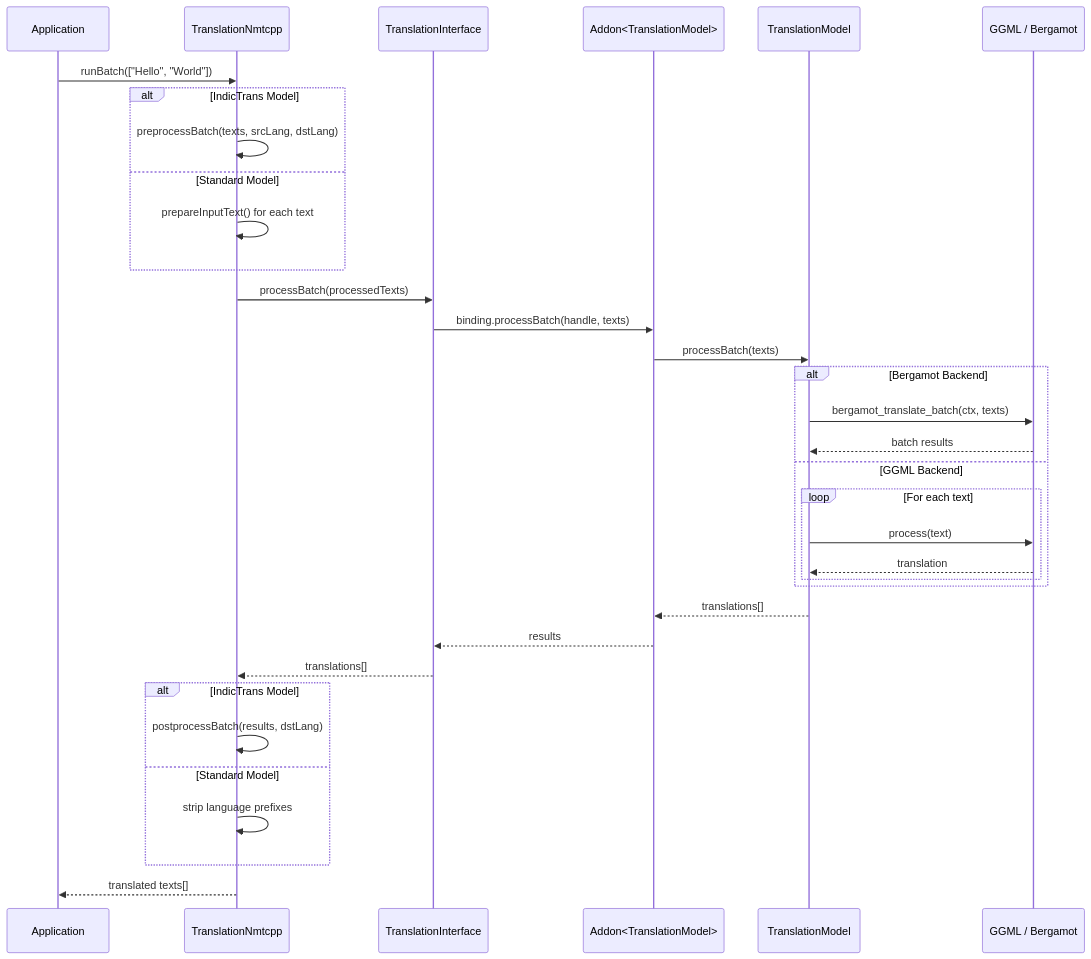
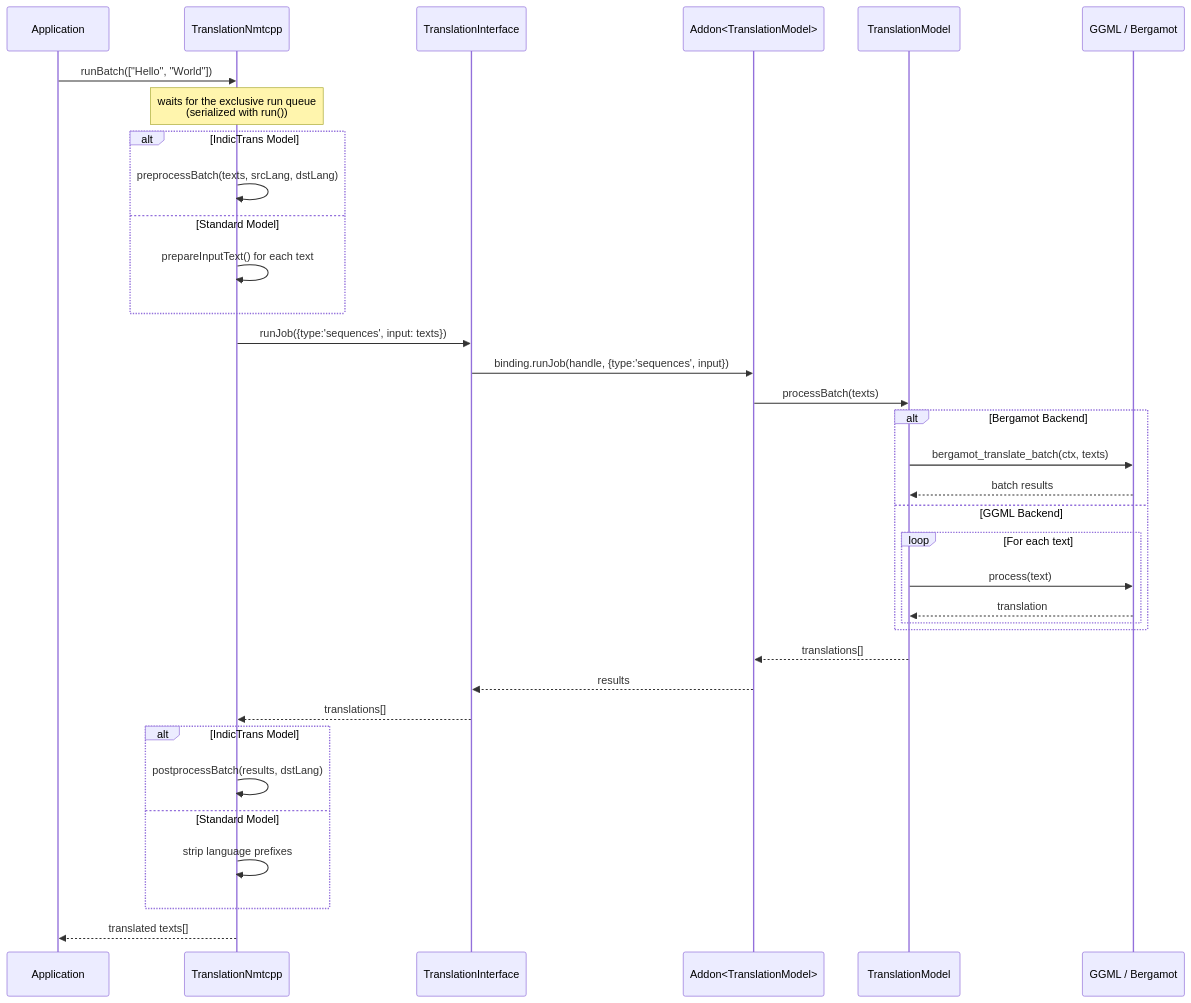
Before and after one commit to Zbig9000/qvac: the fifth of 6 diagrams in packages/translation-nmtcpp/docs/data-flows-detailed.md, drawn with Mermaid. The commit also changed other lines of this file and 17 other files, not shown here.

````diff
--- a/packages/translation-nmtcpp/docs/data-flows-detailed.md
+++ b/packages/translation-nmtcpp/docs/data-flows-detailed.md
@@ -264,43 +259,44 @@
 ```mermaid
 sequenceDiagram
     participant App as Application
     participant NMT as TranslationNmtcpp
     participant TI as TranslationInterface
     participant Addon as Addon<TranslationModel>
     participant TM as TranslationModel
     participant Backend as GGML / Bergamot
 
     App->>NMT: runBatch(["Hello", "World"])
+    Note over NMT: waits for the exclusive run queue<br/>(serialized with run())
 
     alt IndicTrans Model
         NMT->>NMT: preprocessBatch(texts, srcLang, dstLang)
     else Standard Model
         NMT->>NMT: prepareInputText() for each text
     end
 
-    NMT->>TI: processBatch(processedTexts)
-    TI->>Addon: binding.processBatch(handle, texts)
+    NMT->>TI: runJob({type:'sequences', input: texts})
+    TI->>Addon: binding.runJob(handle, {type:'sequences', input})
     Addon->>TM: processBatch(texts)
 
     alt Bergamot Backend
         TM->>Backend: bergamot_translate_batch(ctx, texts)
         Backend-->>TM: batch results
     else GGML Backend
         loop For each text
             TM->>Backend: process(text)
             Backend-->>TM: translation
         end
     end
 
     TM-->>Addon: translations[]
     Addon-->>TI: results
     TI-->>NMT: translations[]
 
     alt IndicTrans Model
         NMT->>NMT: postprocessBatch(results, dstLang)
     else Standard Model
         NMT->>NMT: strip language prefixes
     end
 
     NMT-->>App: translated texts[]
 ```
````
